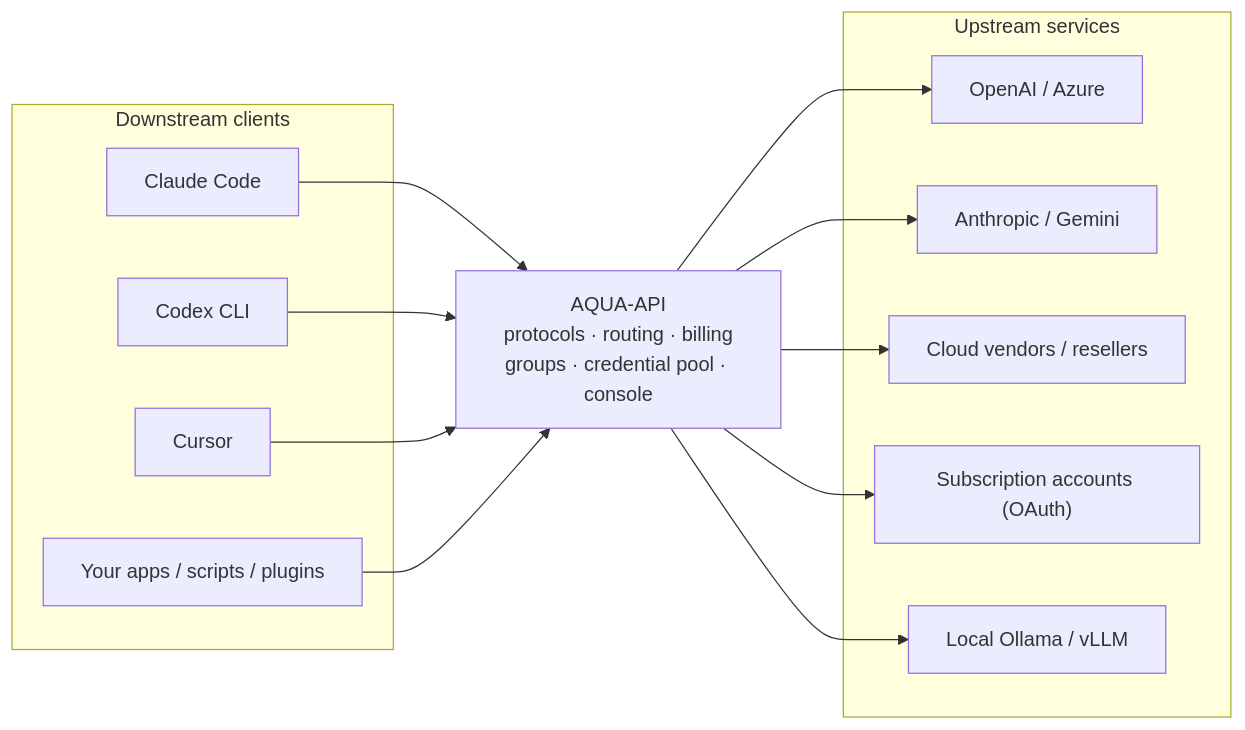
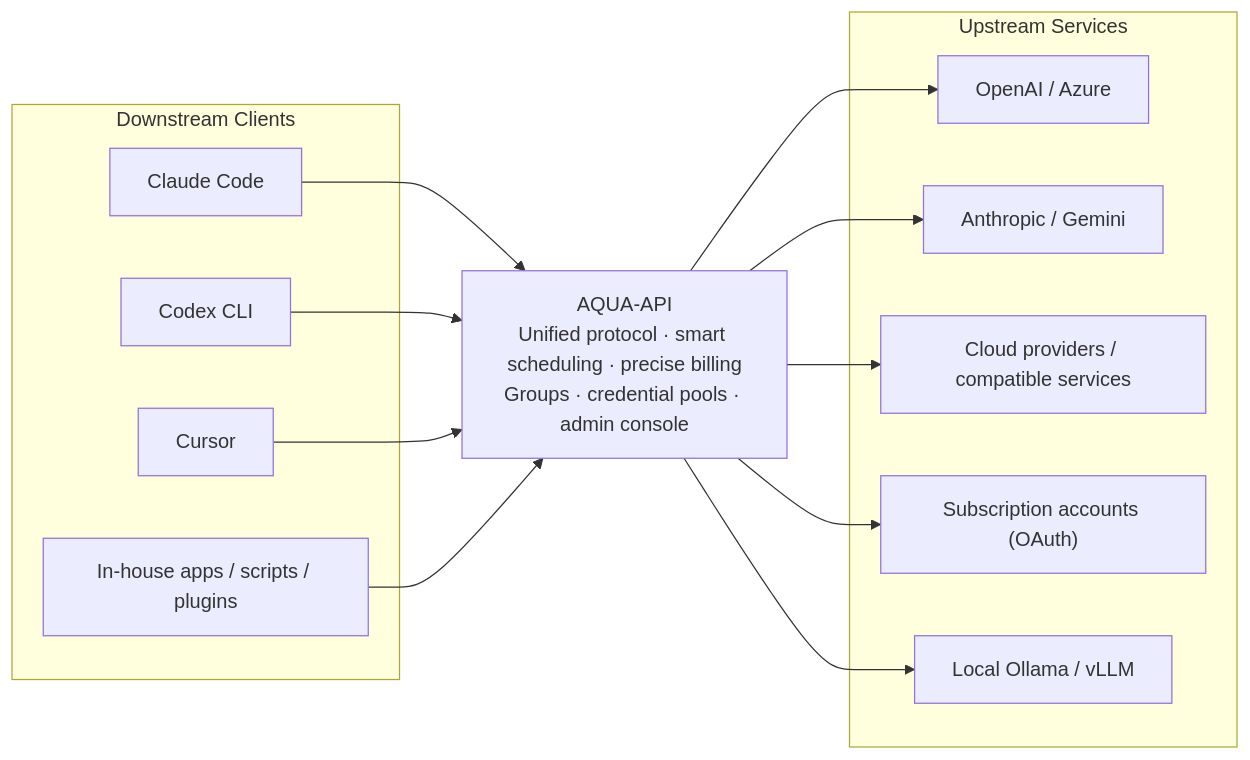
One commit to Apollohzl/AQUA-API changed the first of 5 diagrams in README.en.md. Above: the diagram before and after it, drawn with Mermaid. The commit also changed other lines of this file and 5 other files, not shown here.

````diff
--- a/README.en.md
+++ b/README.en.md
@@ -114,29 +115,29 @@
 ```mermaid
 flowchart LR
-    subgraph C["Downstream clients"]
+    subgraph C["Downstream Clients"]
         C1["Claude Code"]
         C2["Codex CLI"]
         C3["Cursor"]
-        C4["Your apps / scripts / plugins"]
+        C4["In-house apps / scripts / plugins"]
     end
 
-    AQUA["AQUA-API<br/>protocols · routing · billing<br/>groups · credential pool · console"]
+    AQUA["AQUA-API<br/>Unified protocol · smart scheduling · precise billing<br/>Groups · credential pools · admin console"]
 
-    subgraph U["Upstream services"]
+    subgraph U["Upstream Services"]
         U1["OpenAI / Azure"]
         U2["Anthropic / Gemini"]
-        U3["Cloud vendors / resellers"]
+        U3["Cloud providers / compatible services"]
         U4["Subscription accounts (OAuth)"]
         U5["Local Ollama / vLLM"]
     end
 
     C1 --> AQUA
     C2 --> AQUA
     C3 --> AQUA
     C4 --> AQUA
     AQUA --> U1
     AQUA --> U2
     AQUA --> U3
     AQUA --> U4
     AQUA --> U5
 ```
````
